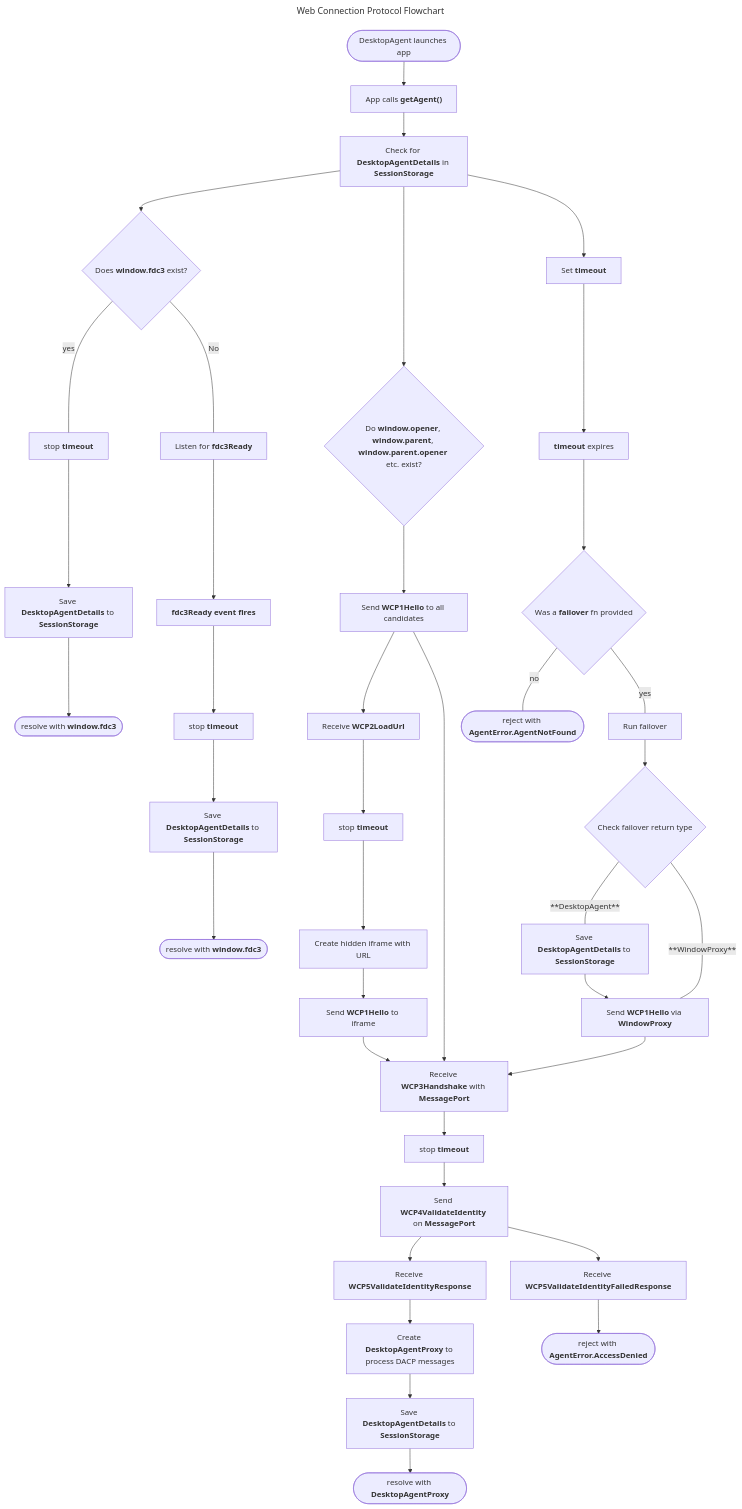
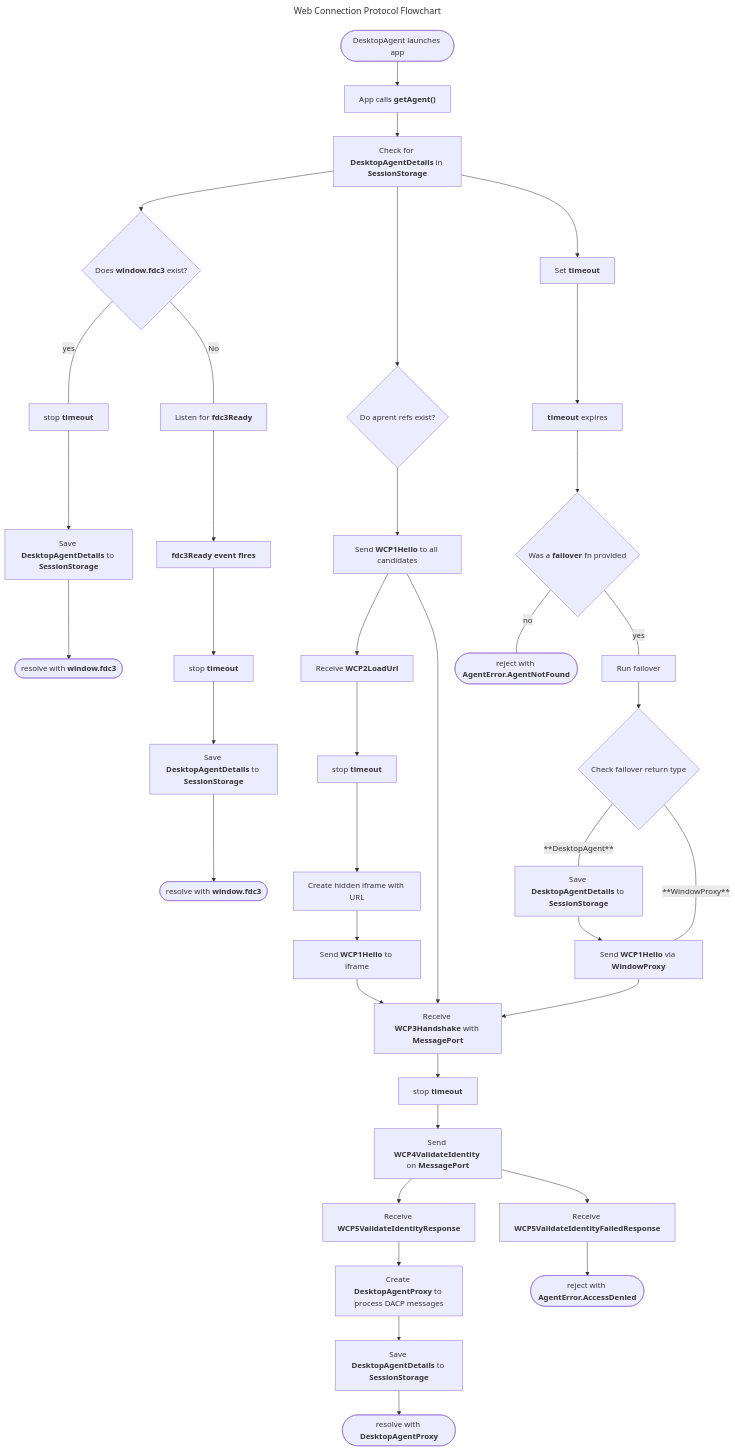
The first of 2 diagrams in docs/api/specs/webConnectionProtocol.md (finos/FDC3), drawn with Mermaid before and after one commit.

Commit message:
Adjusting WCP diagram rendering

````diff
--- a/docs/api/specs/webConnectionProtocol.md
+++ b/docs/api/specs/webConnectionProtocol.md
@@ -245,45 +245,45 @@
 ```mermaid
 ---
 title: "Web Connection Protocol Flowchart" 
 ---
 flowchart TD
     A1([DesktopAgent launches app]) --> A2["`App calls **getAgent()**`"]
     A2 --> A3["`Check for **DesktopAgentDetails** in **SessionStorage**`"]
     A3 --> P1{"`Does **window.fdc3** exist?`"}
     P1 ---|yes|P2["`stop **timeout**`"]
     P2 --> P21["`Save **DesktopAgentDetails** to **SessionStorage**`"]
     P21 -->P22(["`resolve with **window.fdc3**`"])
     P1 ---|No|P3["`Listen for **fdc3Ready**`"]
     P3 --> P31["`**fdc3Ready event fires**`"]
     P31 --> P32["`stop **timeout**`"]
     P32 --> P33["`Save **DesktopAgentDetails** to **SessionStorage**`"]
     P33 -->P34(["`resolve with **window.fdc3**`"])
     
-    A3 --> B1{"`Do **window.opener**, **window.parent**, **window.parent.opener** etc. exist?`"}
+    A3 --> B1{"`Do aprent refs exist?`"}
     B1 --> B11["`Send **WCP1Hello** to all candidates`"]
     B11 --> B2["`Receive **WCP2LoadUrl**`"]
     B2 --> B21["`stop **timeout**`"]
     B21 --> B22["`Create hidden iframe with URL`"]
     B22 --> B23["`Send **WCP1Hello** to iframe`"]
     B23 --> B3["`Receive **WCP3Handshake** with **MessagePort**`"]
     B3 --> B31["`stop **timeout**`"]
     B11 --> B3
     B31 --> B32["`Send **WCP4ValidateIdentity** on **MessagePort**`"]
     B32 --> B321["`Receive **WCP5ValidateIdentityResponse**`"]
     B321 --> B3211["`Create **DesktopAgentProxy** to process DACP messages`"]
     B3211 --> B3212["`Save **DesktopAgentDetails** to **SessionStorage**`"]
     B3212 --> B3213(["`resolve with **DesktopAgentProxy**`"])
     B32 --> B322["`Receive **WCP5ValidateIdentityFailedResponse**`"]
     B322 --> B3221(["`reject with **AgentError.AccessDenied**`"])
     
     A3 --> T1["`Set **timeout**`"]
     T1 --> T2["`**timeout** expires`"]
     T2 --> T3{"`Was a **failover** fn provided`"}
     T3 ---|yes|T31["`Run failover`"]
     T31 --> T311{"`Check failover return type`"}
     T311 ---|**DesktopAgent**|T3111["`Save **DesktopAgentDetails** to **SessionStorage**`"]
     T3111 --> T3112(["`resolve with **DesktopAgent**`"])
     T311 ---|**WindowProxy**|T3112["`Send **WCP1Hello** via **WindowProxy**`"]
     T3112 --> B3
     T3 ---|no|T32(["`reject with **AgentError.AgentNotFound**`"])
 ```
````
